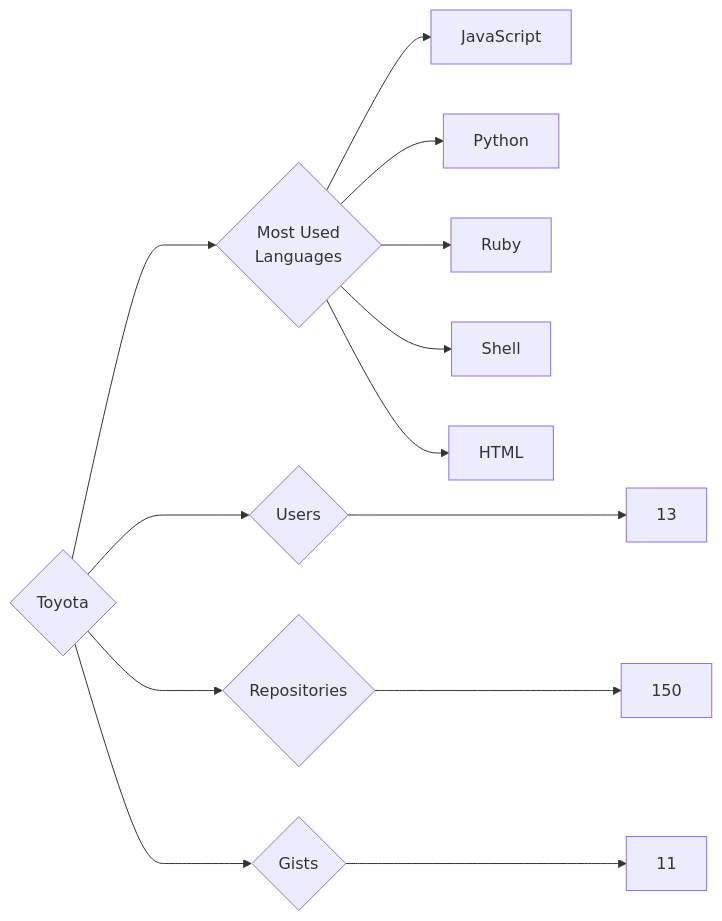
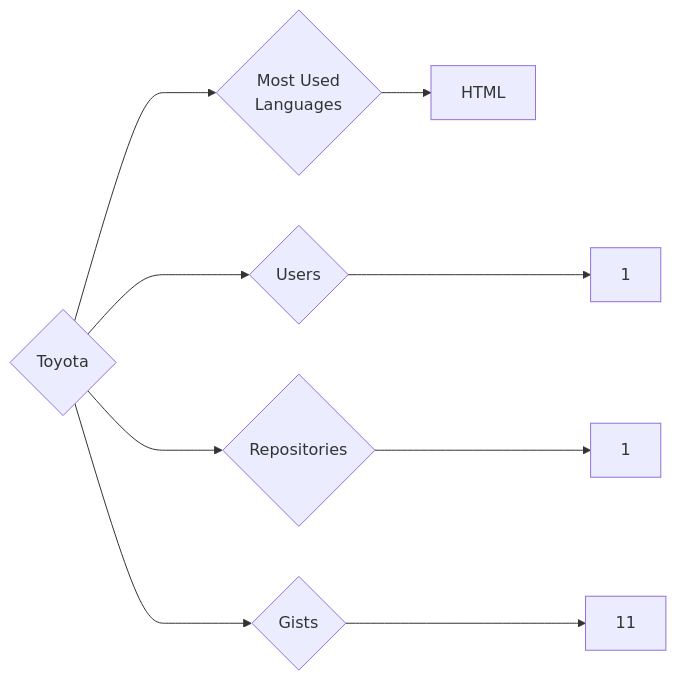
The diagram in targets/Toyota/README.md (trickest/insiders), drawn with Mermaid before and after one commit. The commit also changed 964 other files, not shown here.

````diff
--- a/targets/Toyota/README.md
+++ b/targets/Toyota/README.md
@@ -3,13 +3,9 @@
 ```mermaid
 graph LR
 COMPANY_NAME{Toyota}
-COMPANY_NAME ---> U{Users} ---> UN[13]
-COMPANY_NAME ---> R{Repositories} ---> RN[150]
+COMPANY_NAME ---> U{Users} ---> UN[1]
+COMPANY_NAME ---> R{Repositories} ---> RN[1]
 COMPANY_NAME ---> G{Gists} ---> GN[11]
 COMPANY_NAME ---> ML{Most Used<br>Languages}
-ML --> JavaScript[JavaScript]
-ML --> Python[Python]
-ML --> Ruby[Ruby]
-ML --> Shell[Shell]
 ML --> HTML[HTML]
 ```
````
